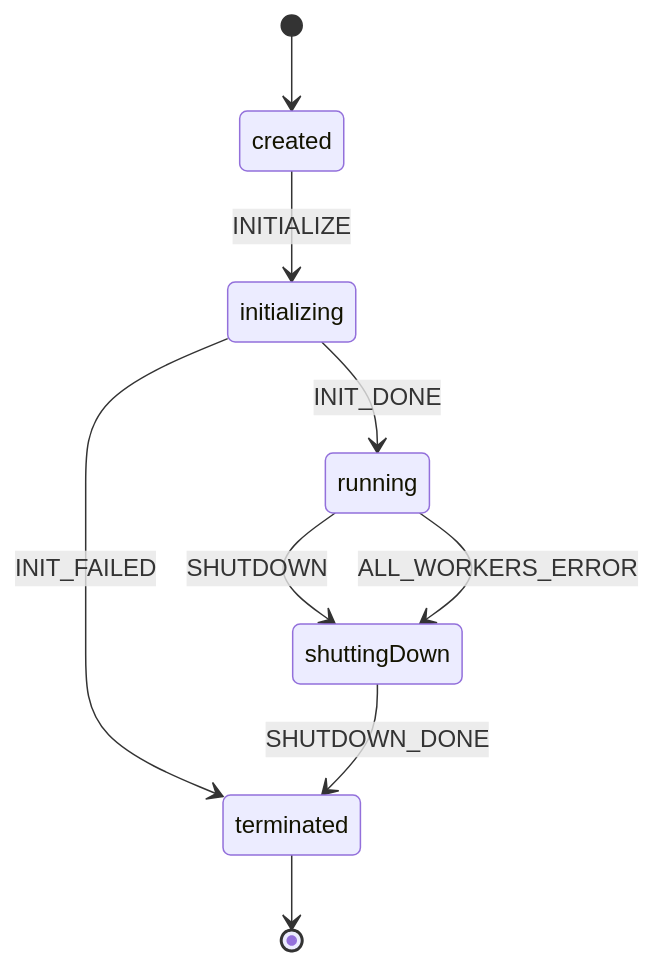
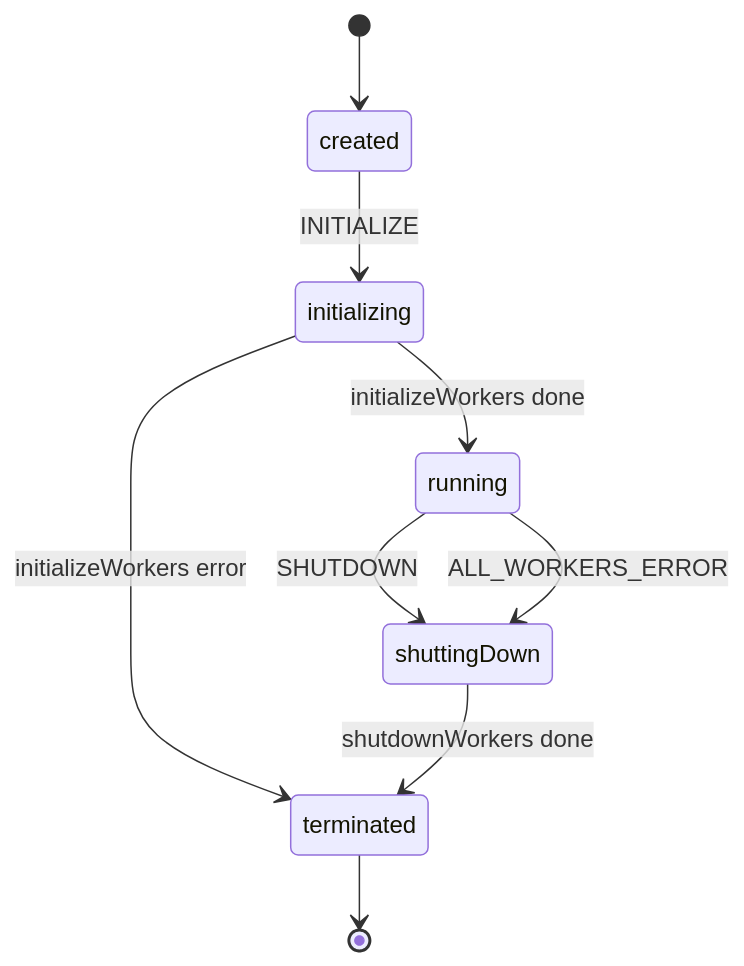
One commit to uraitakahito/browserhive changed the second of 3 diagrams in README.md. Above: the diagram before and after it, drawn with Mermaid. The commit also changed other lines of this file and 4 other files, not shown here.

````diff
--- a/README.md
+++ b/README.md
@@ -70,11 +73,11 @@
 ```mermaid
 stateDiagram-v2
     [*] --> created
     created --> initializing : INITIALIZE
-    initializing --> running : INIT_DONE
-    initializing --> terminated : INIT_FAILED
+    initializing --> running : initializeWorkers done
+    initializing --> terminated : initializeWorkers error
     running --> shuttingDown : SHUTDOWN
     running --> shuttingDown : ALL_WORKERS_ERROR
-    shuttingDown --> terminated : SHUTDOWN_DONE
+    shuttingDown --> terminated : shutdownWorkers done
     terminated --> [*]
 ```
````
